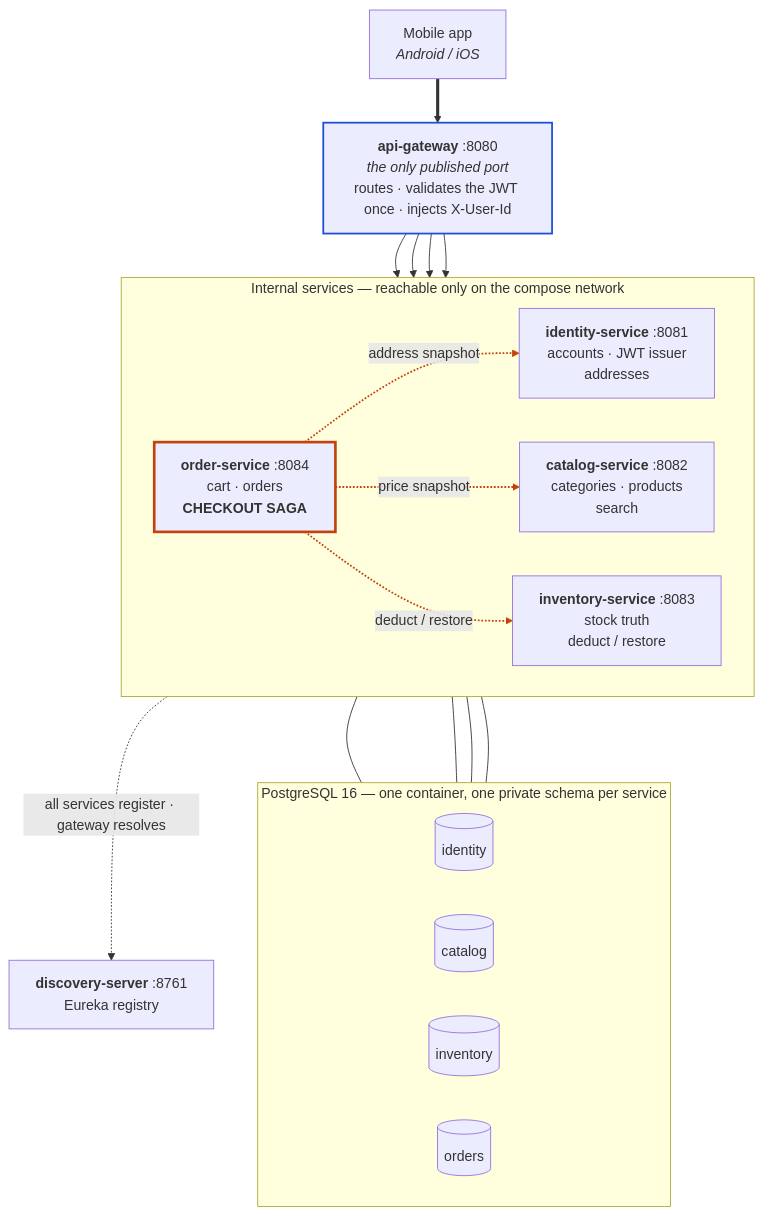
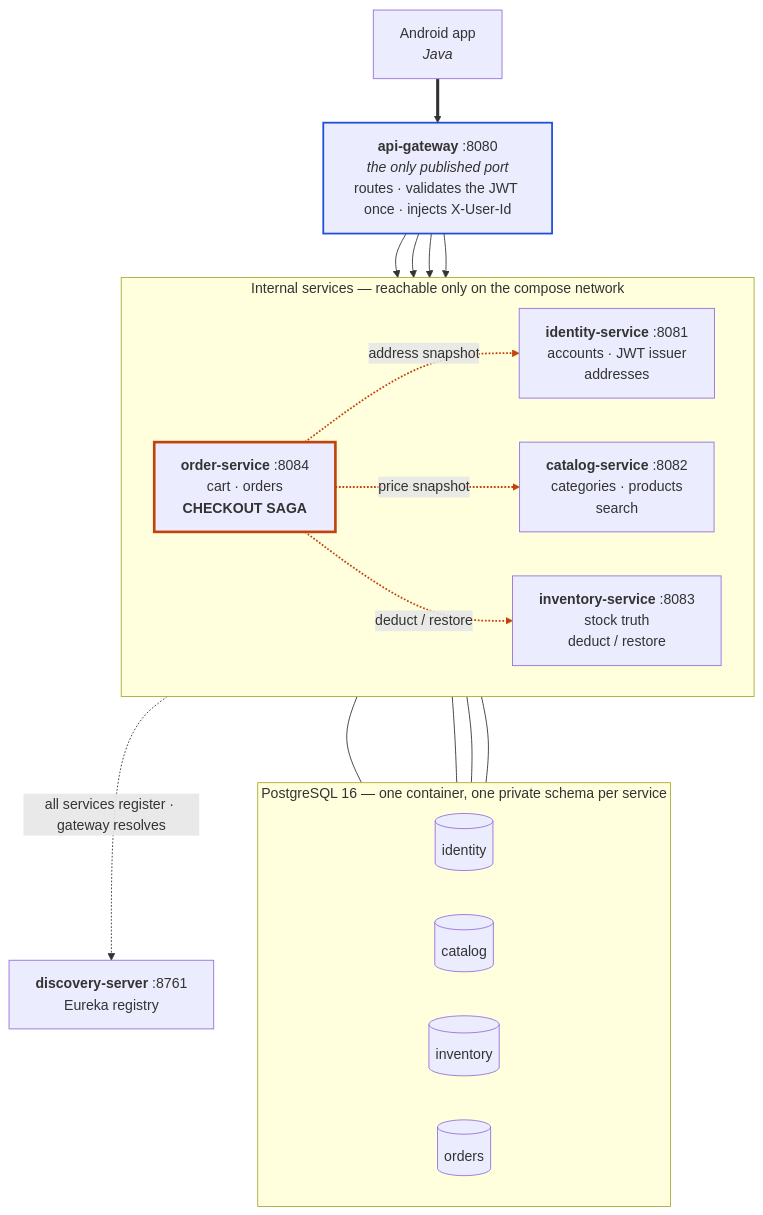
The diagram in README.md (eddyIE/techies), drawn with Mermaid before and after one commit. The commit also changed other lines of this file and 4 other files, not shown here.

````diff
--- a/README.md
+++ b/README.md
@@ -10,50 +10,50 @@
 ```mermaid
 %% name: architecture
 flowchart TB
-    mobile["Mobile app<br/><i>Android / iOS</i>"]
+    mobile["Android app<br/><i>Java</i>"]
     gw["<b>api-gateway</b> :8080<br/><i>the only published port</i><br/>routes · validates the JWT once · injects X-User-Id"]
 
     subgraph internal["Internal services — reachable only on the compose network"]
         direction LR
         identity["<b>identity-service</b> :8081<br/>accounts · JWT issuer<br/>addresses"]
         catalog["<b>catalog-service</b> :8082<br/>categories · products<br/>search"]
         inventory["<b>inventory-service</b> :8083<br/>stock truth<br/>deduct / restore"]
         order["<b>order-service</b> :8084<br/>cart · orders<br/><b>CHECKOUT SAGA</b>"]
     end
 
     subgraph pg["PostgreSQL 16 — one container, one private schema per service"]
         direction LR
         sid[("identity")]
         scat[("catalog")]
         sinv[("inventory")]
         sord[("orders")]
     end
 
     eureka["<b>discovery-server</b> :8761<br/>Eureka registry"]
 
     mobile ==> gw
     gw --> identity
     gw --> catalog
     gw --> inventory
     gw --> order
 
     order -. "address snapshot" .-> identity
     order -. "price snapshot" .-> catalog
     order -. "deduct / restore" .-> inventory
 
     identity --- sid
     catalog --- scat
     inventory --- sinv
     order --- sord
 
     internal -. "all services register · gateway resolves" .-> eureka
 
     %% Stroke-only styling so it stays legible in both light and dark GitHub themes.
     classDef saga stroke:#c2410c,stroke-width:3px
     classDef edge stroke:#1d4ed8,stroke-width:2px
     class order saga
     class gw edge
 
     %% Edges 5-7 are the checkout saga's service-to-service calls.
     linkStyle 5,6,7 stroke:#c2410c,stroke-width:2px
 ```
````
